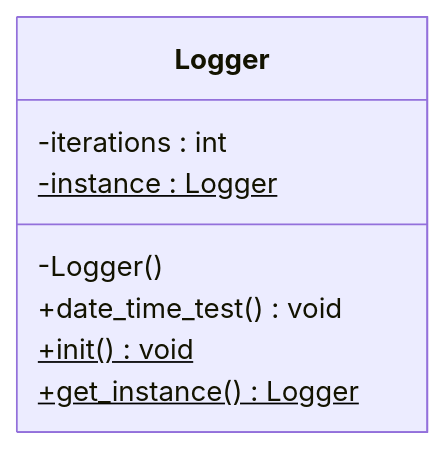
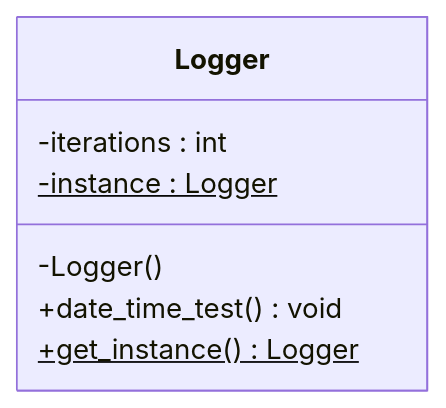
Before and after one commit to A-A-Tel/Logger-CPP: the diagram in uml.mmd, drawn with Mermaid. The commit also changed 2 other files, not shown here.

```diff
--- a/uml.mmd
+++ b/uml.mmd
@@ -1,12 +1,11 @@
 classDiagram
     class Logger {
 
         -iterations : int
         -instance : Logger$
 
 
         -Logger()
         +date_time_test() void
-        +init()$ void
-        +get_instance()$ Logger
+        +get_instance() Logger$
     }
```
